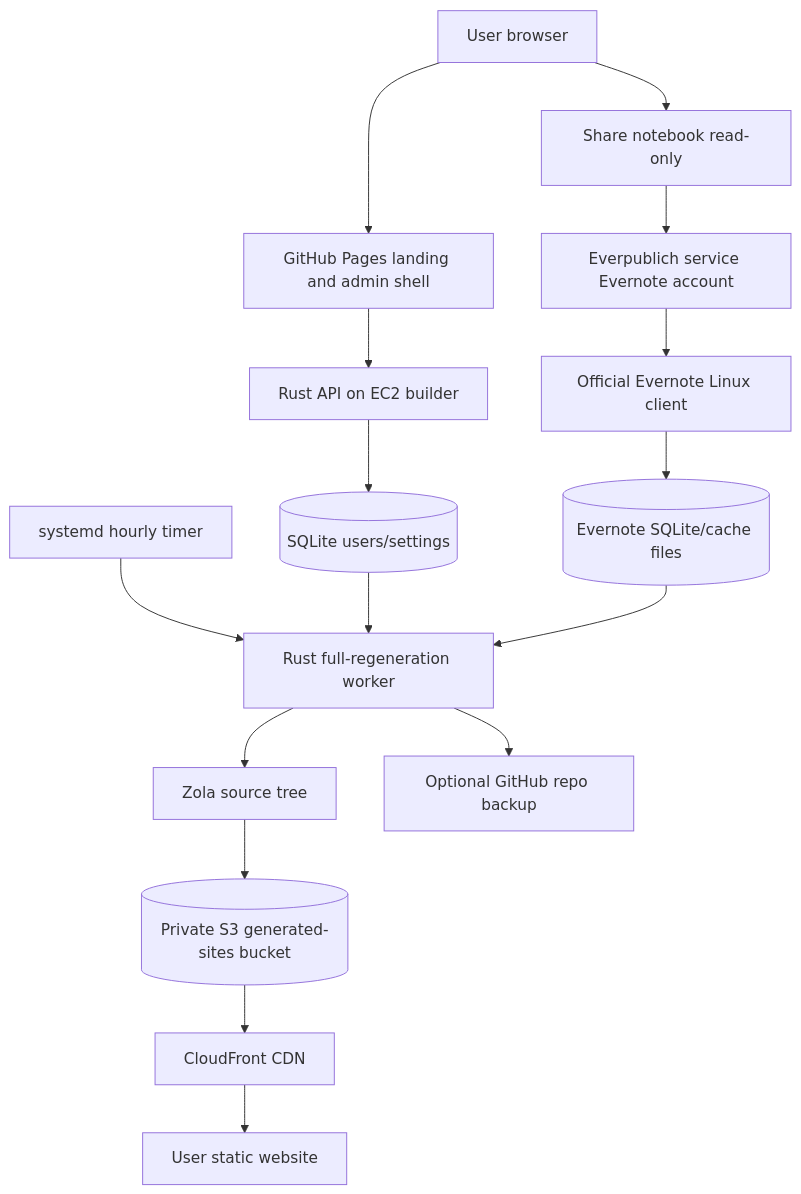
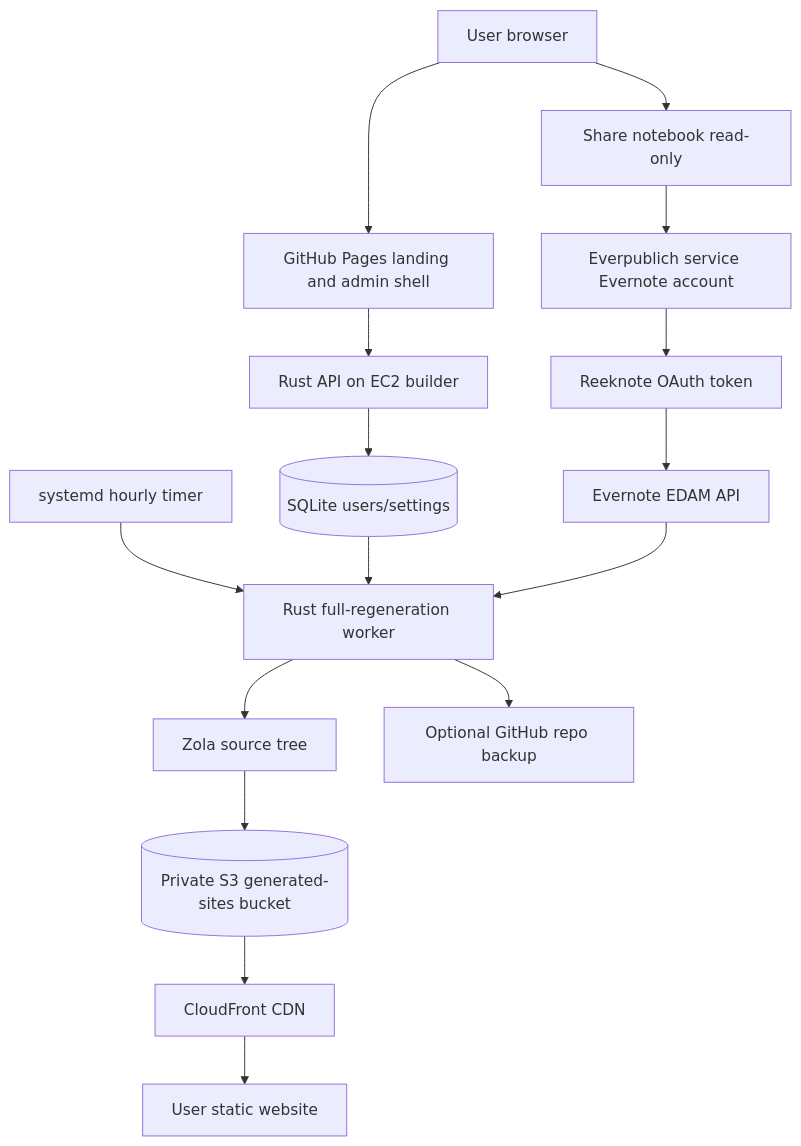
The diagram in README.md (vitaly-zdanevich/everpublich), drawn with Mermaid before and after one commit. The commit also changed other lines of this file and 6 other files, not shown here.

First line of the commit message:
Use Evernote API for shared notebook rebuilds

````diff
--- a/README.md
+++ b/README.md
@@ -31,18 +31,18 @@
 ```mermaid
 flowchart TD
 	User[User browser] --> Landing[GitHub Pages landing and admin shell]
 	Landing --> VmApi[Rust API on EC2 builder]
 	User --> Share[Share notebook read-only]
 	Share --> ServiceAccount[Everpublich service Evernote account]
-	ServiceAccount --> EvernoteClient[Official Evernote Linux client]
-	EvernoteClient --> EvernoteCache[(Evernote SQLite/cache files)]
+	ServiceAccount --> Reeknote[Reeknote OAuth token]
+	Reeknote --> EvernoteApi[Evernote EDAM API]
 	VmApi --> Users[(SQLite users/settings)]
 	Timer[systemd hourly timer] --> Builder[Rust full-regeneration worker]
 	Users --> Builder
-	EvernoteCache --> Builder
+	EvernoteApi --> Builder
 	Builder --> Zola[Zola source tree]
 	Zola --> S3[(Private S3 generated-sites bucket)]
 	S3 --> CloudFront[CloudFront CDN]
 	CloudFront --> Site[User static website]
 	Builder --> GitRepo[Optional GitHub repo backup]
 ```
````
